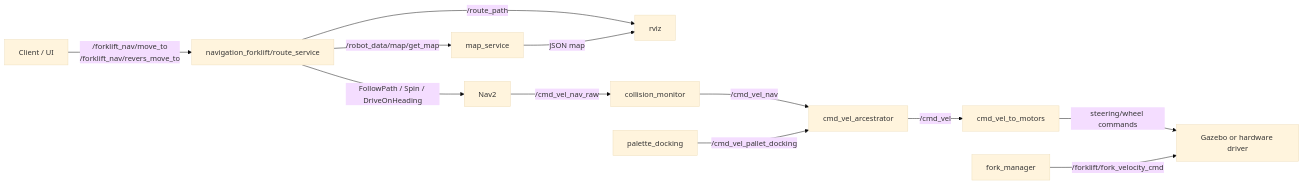
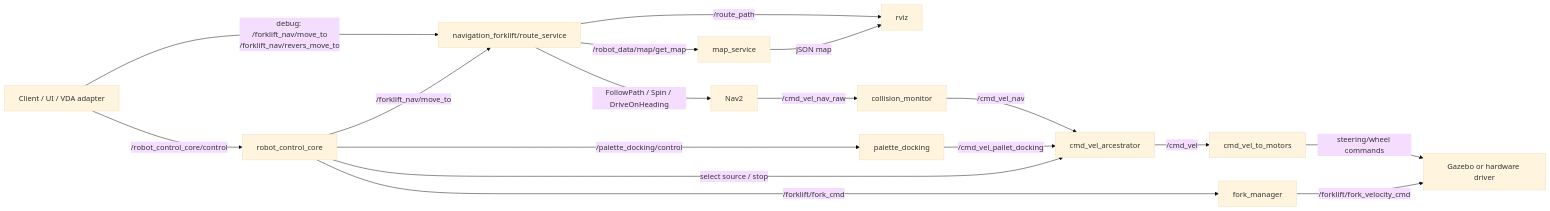
The diagram in README.md (ilya-kkk/forklift_test), drawn with Mermaid (base theme) before and after one commit. The commit also changed other lines of this file and 16 other files, not shown here.

````diff
--- a/README.md
+++ b/README.md
@@ -24,14 +25,19 @@
 ```mermaid
 flowchart LR
-  U[Client / UI] -->|/forklift_nav/move_to<br/>/forklift_nav/revers_move_to| RS[navigation_forklift/route_service]
+  U[Client / UI / VDA adapter] -->|/robot_control_core/control| RCC[robot_control_core]
+  U -->|debug: /forklift_nav/move_to<br/>/forklift_nav/revers_move_to| RS[navigation_forklift/route_service]
   RS -->|/robot_data/map/get_map| MS[map_service]
   RS -->|/route_path| RV[rviz]
   RS -->|FollowPath / Spin / DriveOnHeading| N2[Nav2]
   N2 -->|/cmd_vel_nav_raw| CM[collision_monitor]
   CM -->|/cmd_vel_nav| AR[cmd_vel_arcestrator]
   PD[palette_docking] -->|/cmd_vel_pallet_docking| AR
+  RCC -->|select source / stop| AR
+  RCC -->|/forklift_nav/move_to| RS
+  RCC -->|/palette_docking/control| PD
+  RCC -->|/forklift/fork_cmd| FM
   AR -->|/cmd_vel| CVM[cmd_vel_to_motors]
   CVM -->|steering/wheel commands| HW[Gazebo or hardware driver]
   FM[fork_manager] -->|/forklift/fork_velocity_cmd| HW
   MS -->|JSON map| RV
 ```
````
